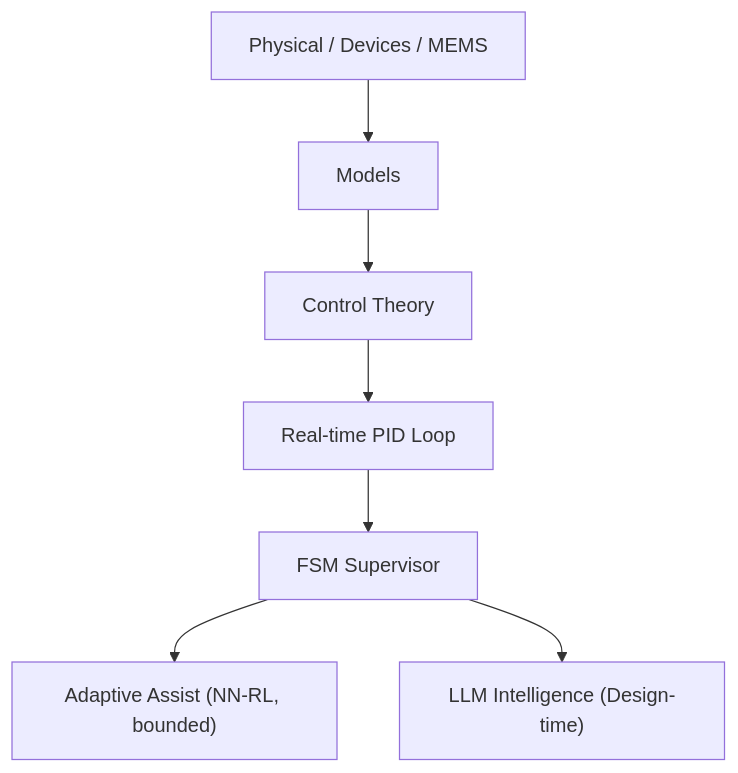
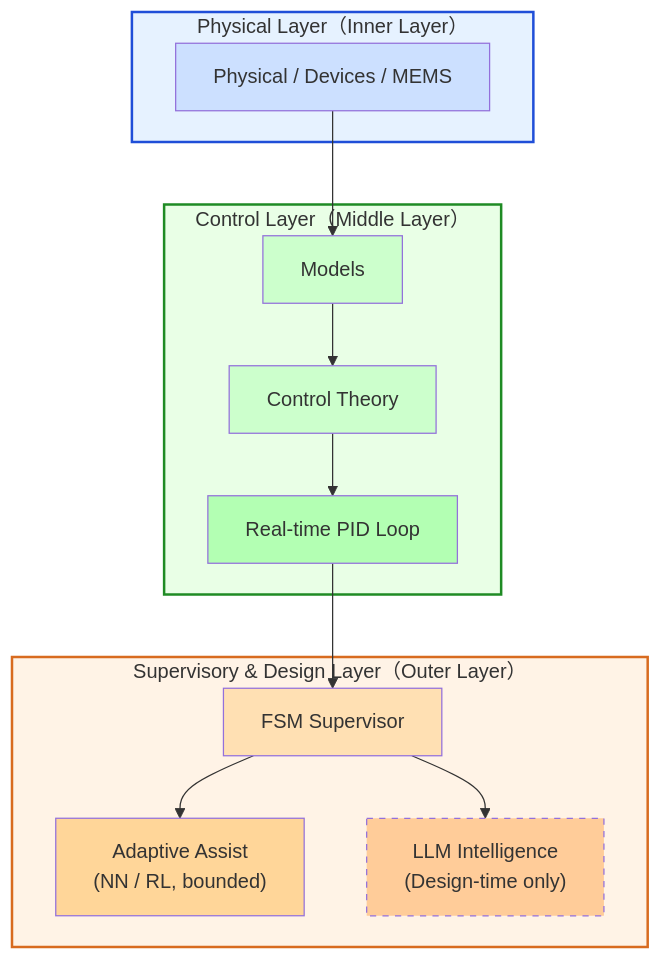
Before and after one commit to Samizo-AITL/Samizo-AITL.github.io: the diagram in portal/en/index.md, drawn with Mermaid.

````diff
--- a/portal/en/index.md
+++ b/portal/en/index.md
@@ -89,9 +89,43 @@
 ```mermaid
 flowchart TB
-  P["Physical / Devices / MEMS"] --> M["Models"]
-  M --> C["Control Theory"]
-  C --> R["Real-time PID Loop"]
-  R --> S["FSM Supervisor"]
-  S --> A["Adaptive Assist (NN-RL, bounded)"]
-  S --> I["LLM Intelligence (Design-time)"]
+  %% ===== Physical Layer =====
+  subgraph PL["Physical Layer（Inner Layer）"]
+    P["Physical / Devices / MEMS"]
+  end
+
+  %% ===== Control Layer =====
+  subgraph CL["Control Layer（Middle Layer）"]
+    M["Models"]
+    C["Control Theory"]
+    R["Real-time PID Loop"]
+  end
+
+  %% ===== Supervisory & Design Layer =====
+  subgraph SL["Supervisory & Design Layer（Outer Layer）"]
+    S["FSM Supervisor"]
+    A["Adaptive Assist\n(NN / RL, bounded)"]
+    I["LLM Intelligence\n(Design-time only)"]
+  end
+
+  %% ===== Flow =====
+  P --> M
+  M --> C
+  C --> R
+  R --> S
+  S --> A
+  S --> I
+
+  %% ===== Style =====
+  style PL fill:#e6f2ff,stroke:#1f4ed8,stroke-width:2px
+  style CL fill:#e9ffe6,stroke:#1f8b24,stroke-width:2px
+  style SL fill:#fff3e6,stroke:#d86b1f,stroke-width:2px
+
+  style P fill:#cce0ff
+  style M fill:#ccffcc
+  style C fill:#ccffcc
+  style R fill:#b3ffb3
+
+  style S fill:#ffe0b3
+  style A fill:#ffd699
+  style I fill:#ffcc99,stroke-dasharray:5 5
 ```
````
